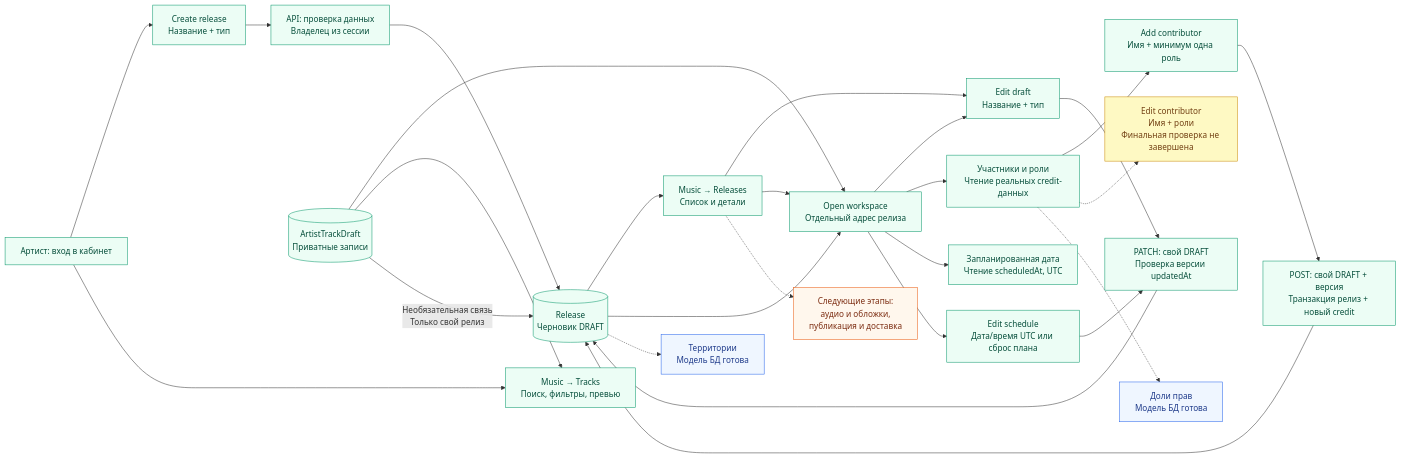
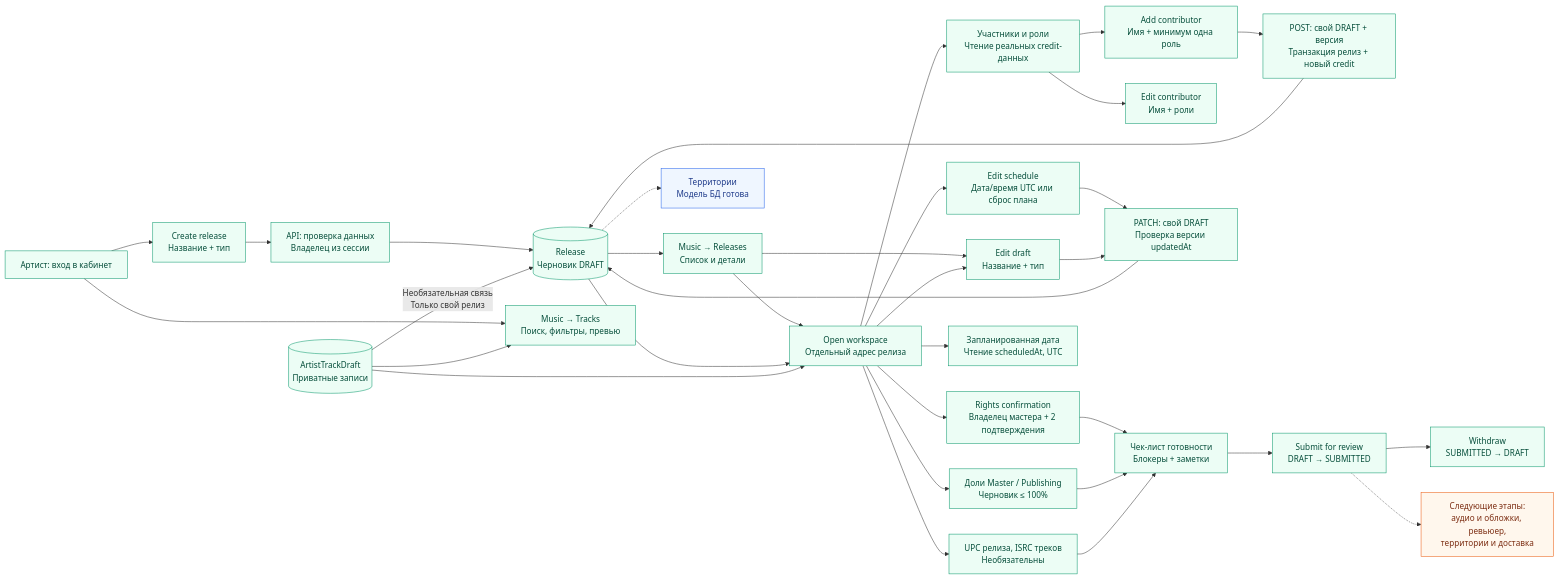
Before and after one commit to Lordpluha/bitrate: the first of 2 diagrams in apps/docs/docs/architecture/artist-release-diagram.md, drawn with Mermaid. The commit also changed other lines of this file and 3 other files, not shown here.

Commit message:
docs(docs): add ADR-0058 for release rights and review submission

````diff
--- a/apps/docs/docs/architecture/artist-release-diagram.md
+++ b/apps/docs/docs/architecture/artist-release-diagram.md
@@ -12,37 +12,42 @@
 ```mermaid
 flowchart LR
     A["Артист: вход в кабинет"] --> F["Create release<br/>Название + тип"]
     F --> API["API: проверка данных<br/>Владелец из сессии"]
     API --> R[("Release<br/>Черновик DRAFT")]
     R --> M["Music → Releases<br/>Список и детали"]
     M --> E["Edit draft<br/>Название + тип"]
     M --> W["Open workspace<br/>Отдельный адрес релиза"]
     R --> W
     D --> W
     W --> E
     W --> C["Участники и роли<br/>Чтение реальных credit-данных"]
     C --> ADD["Add contributor<br/>Имя + минимум одна роль"]
     ADD --> CREDIT["POST: свой DRAFT + версия<br/>Транзакция релиз + новый credit"]
     CREDIT --> R
-    C -.-> EDITC["Edit contributor<br/>Имя + роли<br/>Финальная проверка не завершена"]
+    C --> EDITC["Edit contributor<br/>Имя + роли"]
+    W --> RIGHTS["Rights confirmation<br/>Владелец мастера + 2 подтверждения"]
+    W --> SPLITS["Доли Master / Publishing<br/>Черновик ≤ 100%"]
+    W --> IDS["UPC релиза, ISRC треков<br/>Необязательны"]
+    RIGHTS --> READY["Чек-лист готовности<br/>Блокеры + заметки"]
+    SPLITS --> READY
+    IDS --> READY
+    READY --> SUBMIT["Submit for review<br/>DRAFT → SUBMITTED"]
+    SUBMIT --> WITHDRAW["Withdraw<br/>SUBMITTED → DRAFT"]
     W --> DATE["Запланированная дата<br/>Чтение scheduledAt, UTC"]
     W --> PLAN["Edit schedule<br/>Дата/время UTC или сброс плана"]
     PLAN --> U
     E --> U["PATCH: свой DRAFT<br/>Проверка версии updatedAt"]
     U --> R
     A --> T["Music → Tracks<br/>Поиск, фильтры, превью"]
     D[("ArtistTrackDraft<br/>Приватные записи")] --> T
     D -->|"Необязательная связь<br/>Только свой релиз"| R
-    C -.-> S["Доли прав<br/>Модель БД готова"]
     R -.-> G["Территории<br/>Модель БД готова"]
-    M -.-> N["Следующие этапы:<br/>аудио и обложки,<br/>публикация и доставка"]
+    SUBMIT -.-> N["Следующие этапы:<br/>аудио и обложки, ревьюер,<br/>территории и доставка"]
 
     classDef implemented fill:#ecfdf5,stroke:#059669,color:#064e3b;
     classDef schema fill:#eff6ff,stroke:#2563eb,color:#1e3a8a;
     classDef future fill:#fff7ed,stroke:#ea580c,color:#7c2d12;
-    classDef pending fill:#fef9c3,stroke:#ca8a04,color:#713f12;
-    class A,F,API,R,M,T,D,E,U,W,C,DATE,PLAN,ADD,CREDIT implemented;
-    class S,G schema;
+    class A,F,API,R,M,T,D,E,U,W,C,DATE,PLAN,ADD,CREDIT,EDITC,RIGHTS,SPLITS,IDS,READY,SUBMIT,WITHDRAW implemented;
+    class G schema;
     class N future;
-    class EDITC pending;
 ```
````
